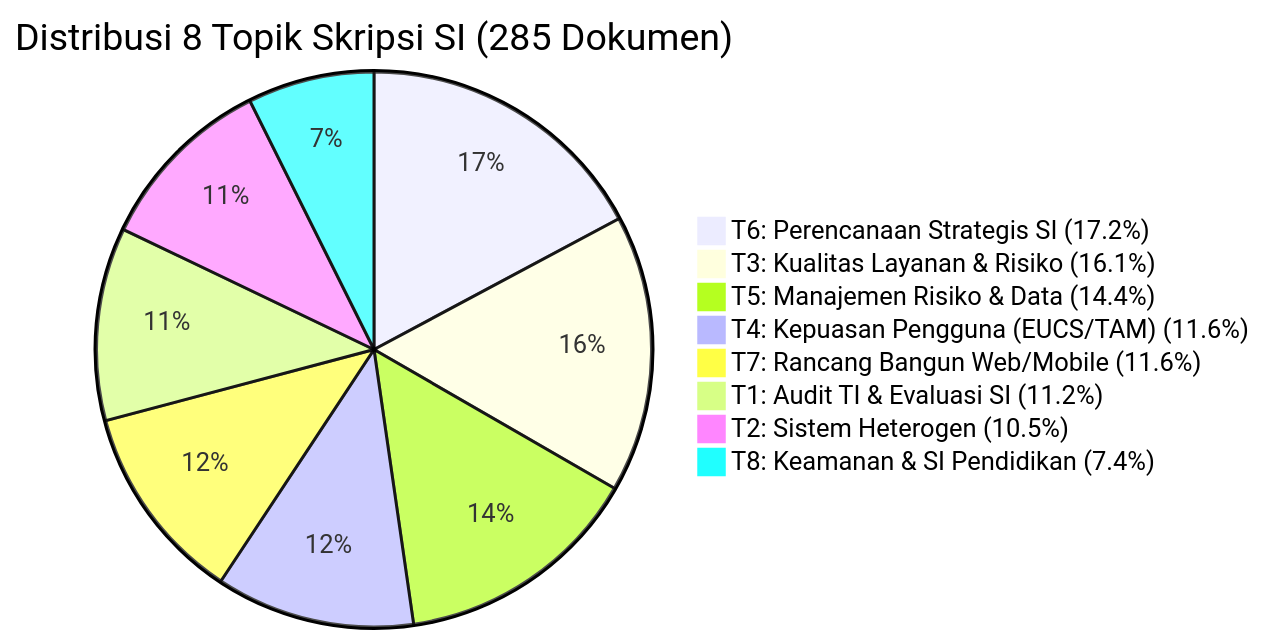
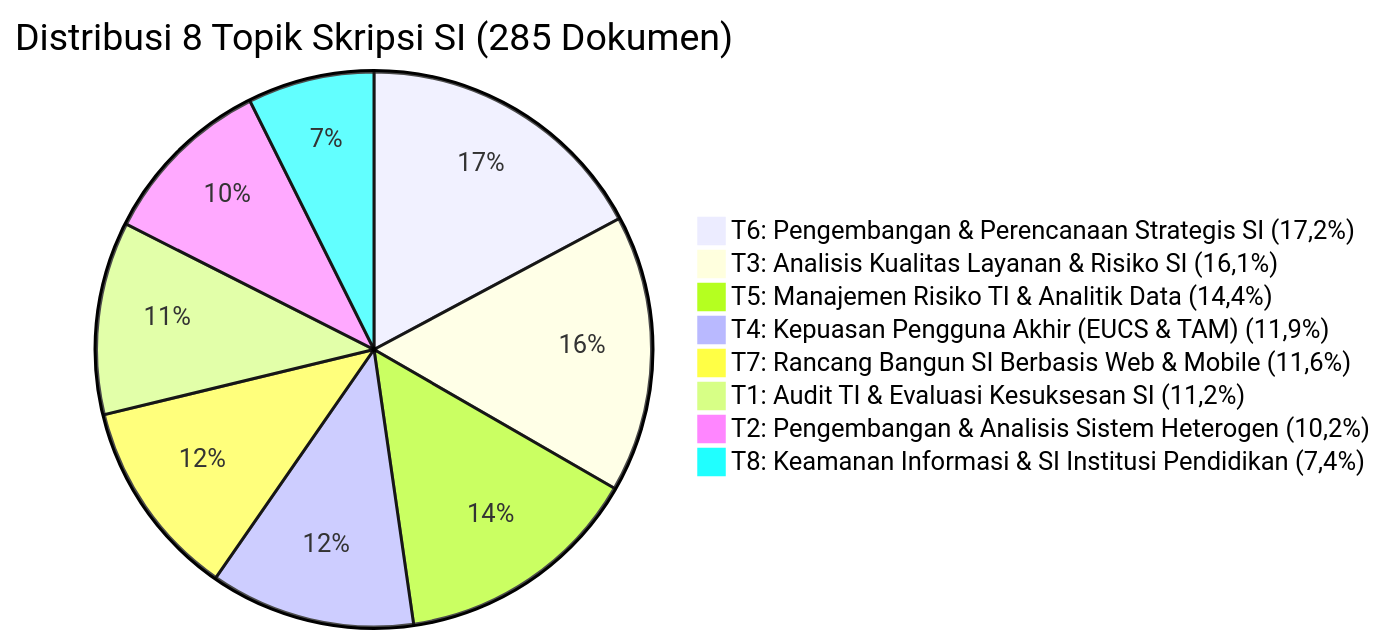
The diagram in GROUND_TRUTH.md (rifkyoktri-ai/lda-topik-skripsi-si-uinrf), drawn with Mermaid before and after one commit. The commit also changed other lines of this file and 50 other files, not shown here.

````diff
--- a/GROUND_TRUTH.md
+++ b/GROUND_TRUTH.md
@@ -45,11 +61,11 @@
 ```mermaid
 pie title Distribusi 8 Topik Skripsi SI (285 Dokumen)
-    "T6: Perencanaan Strategis SI (17.2%)" : 49
-    "T3: Kualitas Layanan & Risiko (16.1%)" : 46
-    "T5: Manajemen Risiko & Data (14.4%)" : 41
-    "T4: Kepuasan Pengguna (EUCS/TAM) (11.6%)" : 33
-    "T7: Rancang Bangun Web/Mobile (11.6%)" : 33
-    "T1: Audit TI & Evaluasi SI (11.2%)" : 32
-    "T2: Sistem Heterogen (10.5%)" : 30
-    "T8: Keamanan & SI Pendidikan (7.4%)" : 21
+    "T6: Pengembangan & Perencanaan Strategis SI (17,2%)" : 49
+    "T3: Analisis Kualitas Layanan & Risiko SI (16,1%)" : 46
+    "T5: Manajemen Risiko TI & Analitik Data (14,4%)" : 41
+    "T4: Kepuasan Pengguna Akhir (EUCS & TAM) (11,9%)" : 34
+    "T7: Rancang Bangun SI Berbasis Web & Mobile (11,6%)" : 33
+    "T1: Audit TI & Evaluasi Kesuksesan SI (11,2%)" : 32
+    "T2: Pengembangan & Analisis Sistem Heterogen (10,2%)" : 29
+    "T8: Keamanan Informasi & SI Institusi Pendidikan (7,4%)" : 21
 ```
````
